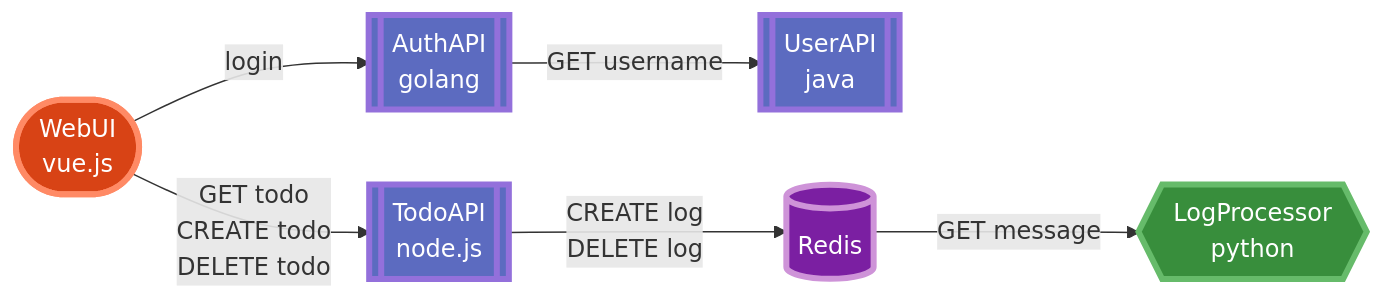
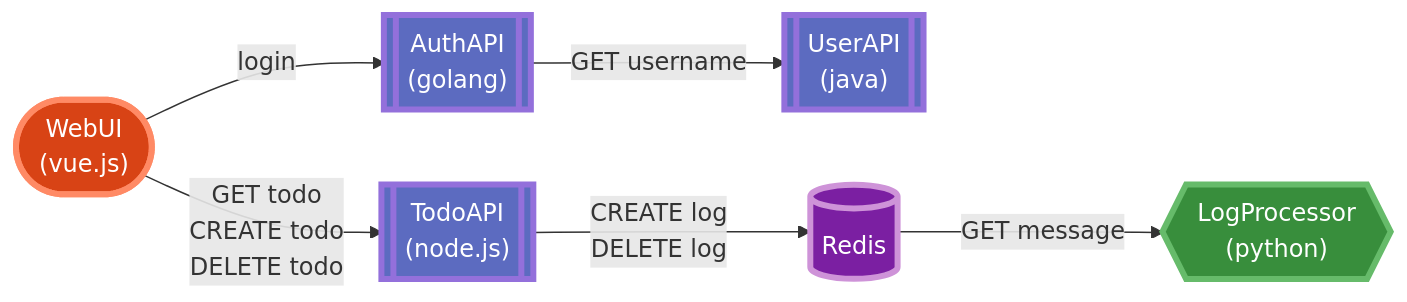
The diagram in README.md (tdensmore/microservices-example), drawn with Mermaid before and after one commit. The commit also changed other lines of this file, not shown here.

Commit message:
Minor fixes to README diagram

````diff
--- a/README.md
+++ b/README.md
@@ -20,24 +20,24 @@
 ```mermaid
   flowchart LR;
     
     style WebUI fill:#D84315,stroke:#FF8A65,stroke-width:4px,color:#fff
     style TodoAPI fill:#5C6BC0,stroke-width:4px,color:#fff
     style AuthAPI fill:#5C6BC0,stroke-width:4px,color:#fff
     style UserAPI fill:#5C6BC0,stroke-width:4px,color:#fff
     style Redis fill:#FFF9C4,stroke-width:4px,color:#fff
     style Redis fill:#7B1FA2,stroke:#CE93D8,stroke-width:4px,color:#fff
     style LogProcessor fill:#388E3C,stroke:#66BB6A,stroke-width:4px,color:#fff
 
-    WebUI([WebUI\nvue.js])
+    WebUI(["WebUI\n(vue.js)"])
     Redis[(Redis)]
-    AuthAPI[[AuthAPI\ngolang]]
-    TodoAPI[[TodoAPI\nnode.js]]
-    UserAPI[[UserAPI\njava]]
-    LogProcessor{{LogProcessor\npython}}
+    AuthAPI[["AuthAPI\n(golang)"]]
+    TodoAPI[["TodoAPI\n(node.js)"]]
+    UserAPI[["UserAPI\n(java)"]]
+    LogProcessor{{"LogProcessor\n(python)"}}
 
       WebUI-->|login|AuthAPI;
       AuthAPI-->|GET username|UserAPI;
       WebUI-->|GET todo\nCREATE todo\nDELETE todo|TodoAPI;
       TodoAPI-->|CREATE log\nDELETE log|Redis;
       Redis-->|GET message|LogProcessor;
 ```
````
